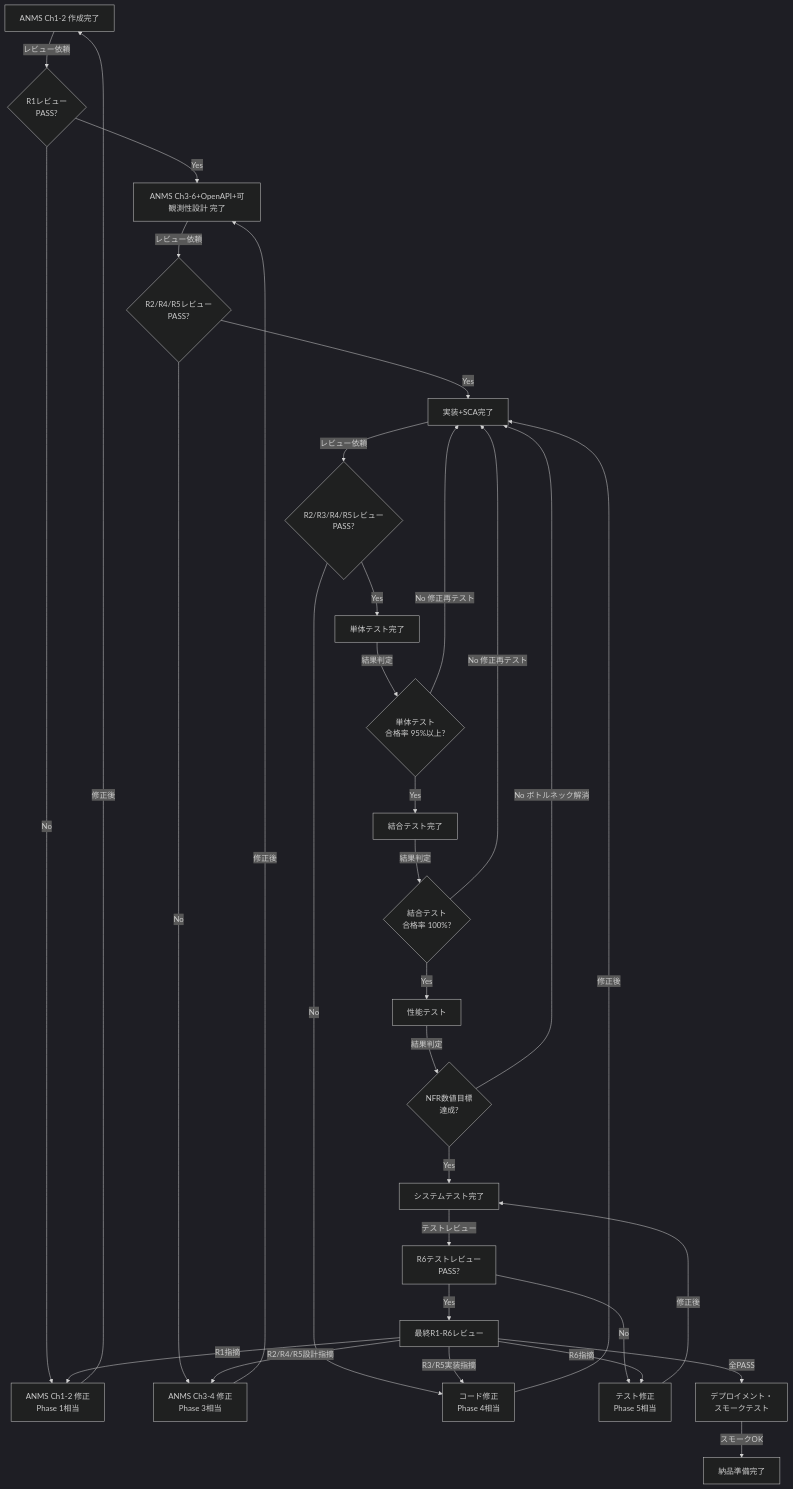
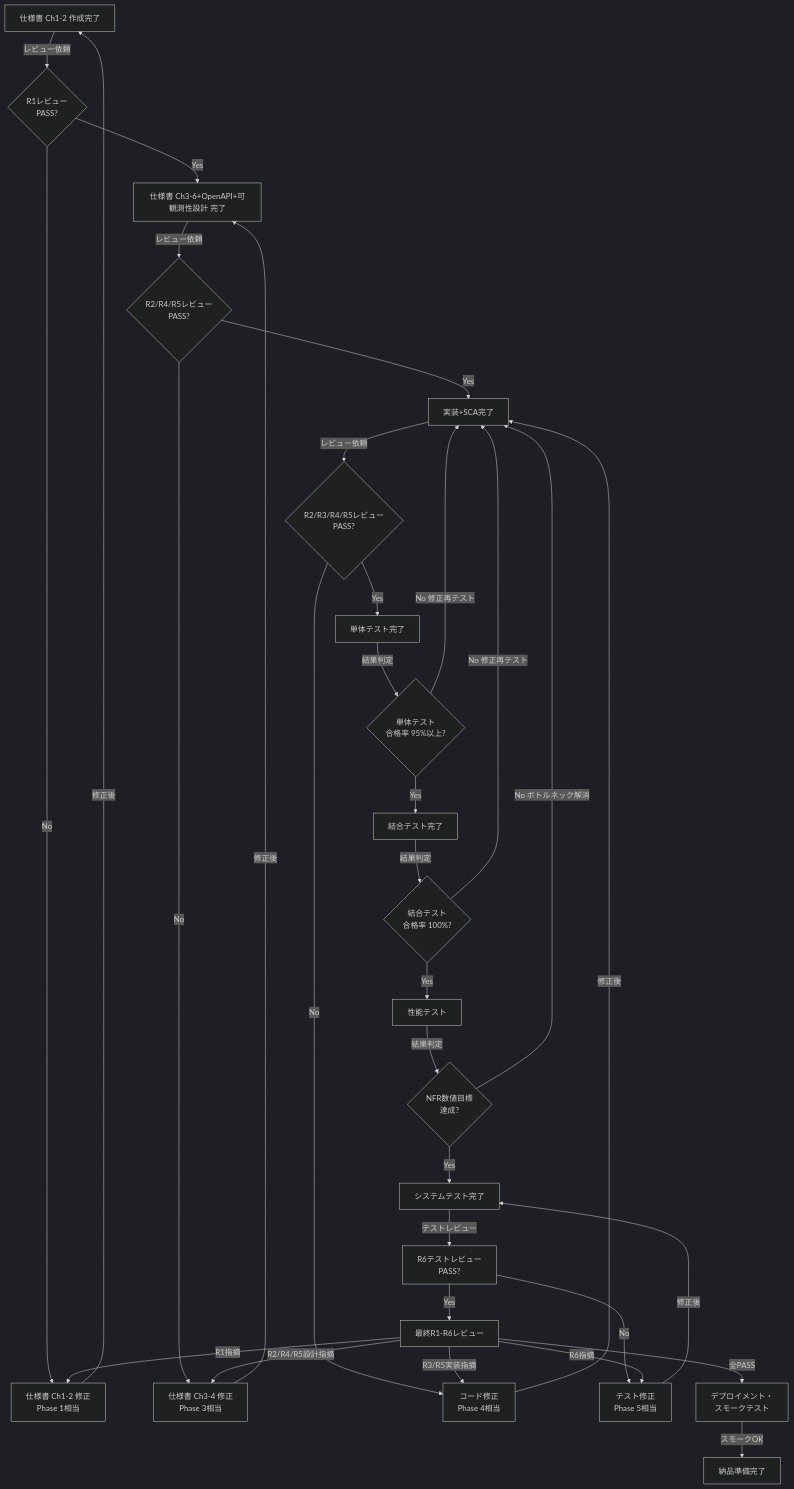
One commit to GoodRelax/claude-code-full-auto-dev changed the ninth of 11 diagrams in process-rules/full-auto-dev-process-rules-ja.md. Above: the diagram before and after it, drawn with Mermaid (dark theme). The commit also changed other lines of this file and 38 other files, not shown here.

````diff
--- a/process-rules/full-auto-dev-process-rules-ja.md
+++ b/process-rules/full-auto-dev-process-rules-ja.md
@@ -2071,56 +2252,56 @@
 ```mermaid
 flowchart TD
-    Spec1["ANMS Ch1-2 作成完了"]
+    Spec1["仕様書 Ch1-2 作成完了"]
     Spec1_Review{"R1レビュー<br/>PASS?"}
-    Spec2["ANMS Ch3-6+OpenAPI+可観測性設計 完了"]
+    Spec2["仕様書 Ch3-6+OpenAPI+可観測性設計 完了"]
     Spec2_Review{"R2/R4/R5レビュー<br/>PASS?"}
     Impl["実装+SCA完了"]
     Code_Review{"R2/R3/R4/R5レビュー<br/>PASS?"}
     UT["単体テスト完了"]
     UT_Gate{"単体テスト<br/>合格率 95%以上?"}
     IT["結合テスト完了"]
     IT_Gate{"結合テスト<br/>合格率 100%?"}
     PerfT["性能テスト"]
     Perf_Gate{"NFR数値目標<br/>達成?"}
     ST["システムテスト完了"]
     TR["R6テストレビュー<br/>PASS?"]
     Final["最終R1-R6レビュー"]
-    R1Fail["ANMS Ch1-2 修正<br/>Phase 1相当"]
-    R2Fail["ANMS Ch3-4 修正<br/>Phase 3相当"]
+    R1Fail["仕様書 Ch1-2 修正<br/>Phase 1相当"]
+    R2Fail["仕様書 Ch3-4 修正<br/>Phase 3相当"]
     R3Fail["コード修正<br/>Phase 4相当"]
     R6Fail["テスト修正<br/>Phase 5相当"]
     Deploy["デプロイメント・<br/>スモークテスト"]
     Done["納品準備完了"]
 
     Spec1 -->|"レビュー依頼"| Spec1_Review
     Spec1_Review -->|"Yes"| Spec2
     Spec1_Review -->|"No"| R1Fail
     R1Fail -->|"修正後"| Spec1
     Spec2 -->|"レビュー依頼"| Spec2_Review
     Spec2_Review -->|"Yes"| Impl
     Spec2_Review -->|"No"| R2Fail
     R2Fail -->|"修正後"| Spec2
     Impl -->|"レビュー依頼"| Code_Review
     Code_Review -->|"Yes"| UT
     Code_Review -->|"No"| R3Fail
     R3Fail -->|"修正後"| Impl
     UT -->|"結果判定"| UT_Gate
     UT_Gate -->|"Yes"| IT
     UT_Gate -->|"No 修正再テスト"| Impl
     IT -->|"結果判定"| IT_Gate
     IT_Gate -->|"Yes"| PerfT
     IT_Gate -->|"No 修正再テスト"| Impl
     PerfT -->|"結果判定"| Perf_Gate
     Perf_Gate -->|"Yes"| ST
     Perf_Gate -->|"No ボトルネック解消"| Impl
     ST -->|"テストレビュー"| TR
     TR -->|"Yes"| Final
     TR -->|"No"| R6Fail
     R6Fail -->|"修正後"| ST
     Final -->|"R1指摘"| R1Fail
     Final -->|"R2/R4/R5設計指摘"| R2Fail
     Final -->|"R3/R5実装指摘"| R3Fail
     Final -->|"R6指摘"| R6Fail
     Final -->|"全PASS"| Deploy
     Deploy -->|"スモークOK"| Done
 ```
````
